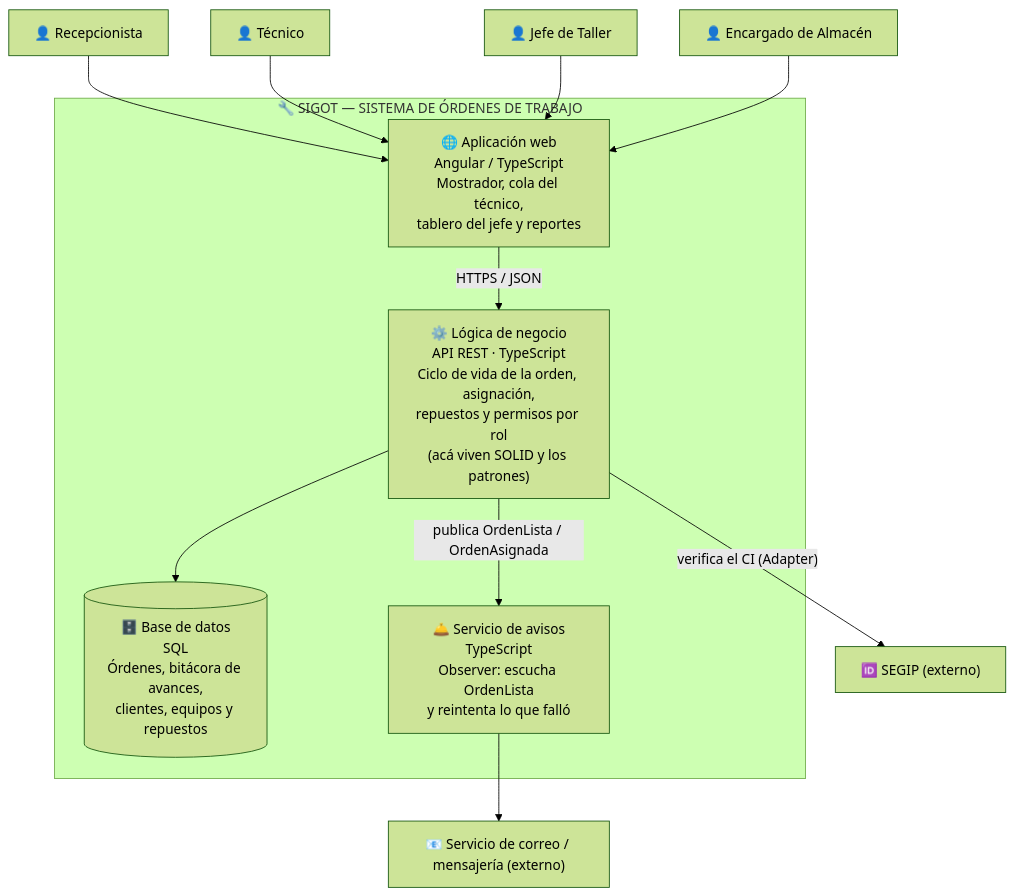
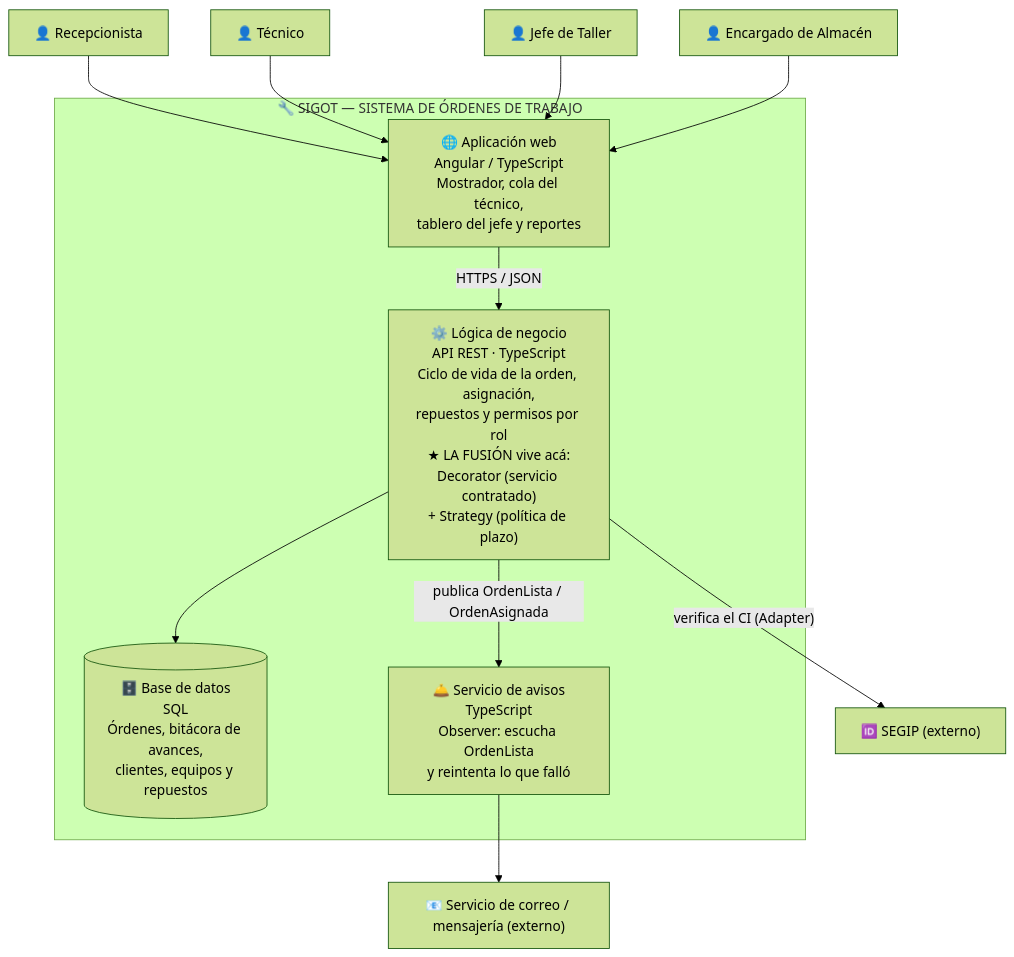
One commit to 4ngel105/expediente-arq-ayala changed the second of 2 diagrams in h4/README.md. Above: the diagram before and after it, drawn with Mermaid (forest theme). The commit also changed other lines of this file, not shown here.

Commit message:
H4: el nivel 2 muestra donde vive la fusion (Decorator + Strategy)

````diff
--- a/h4/README.md
+++ b/h4/README.md
@@ -54,28 +54,28 @@
 ```mermaid
 flowchart TB
     recepcionista["👤 Recepcionista"]
     tecnico["👤 Técnico"]
     jefe["👤 Jefe de Taller"]
     almacen["👤 Encargado de Almacén"]
 
     subgraph sigot["🔧 SIGOT — SISTEMA DE ÓRDENES DE TRABAJO"]
         spa["🌐 Aplicación web<br>Angular / TypeScript<br>Mostrador, cola del técnico,<br>tablero del jefe y reportes"]
-        api["⚙️ Lógica de negocio<br>API REST · TypeScript<br>Ciclo de vida de la orden, asignación,<br>repuestos y permisos por rol<br>(acá viven SOLID y los patrones)"]
+        api["⚙️ Lógica de negocio<br>API REST · TypeScript<br>Ciclo de vida de la orden, asignación,<br>repuestos y permisos por rol<br>★ LA FUSIÓN vive acá:<br>Decorator (servicio contratado)<br>+ Strategy (política de plazo)"]
         bd[("🗄️ Base de datos<br>SQL<br>Órdenes, bitácora de avances,<br>clientes, equipos y repuestos")]
         avisos["🛎️ Servicio de avisos<br>TypeScript<br>Observer: escucha OrdenLista<br>y reintenta lo que falló"]
     end
 
     segip["🆔 SEGIP (externo)"]
     correo["📧 Servicio de correo / mensajería (externo)"]
 
     recepcionista --> spa
     tecnico --> spa
     jefe --> spa
     almacen --> spa
 
     spa -->|"HTTPS / JSON"| api
     api --> bd
     api -->|"verifica el CI (Adapter)"| segip
     api -->|"publica OrdenLista / OrdenAsignada"| avisos
     avisos --> correo
 ```
````
